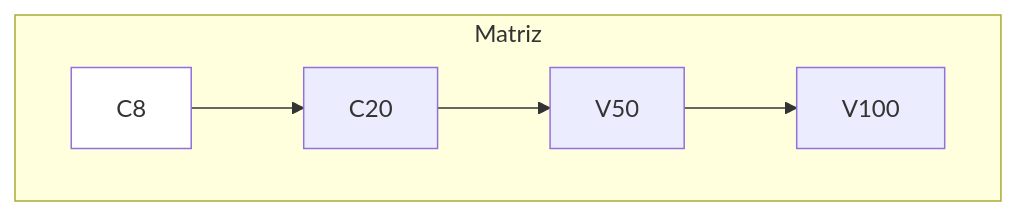
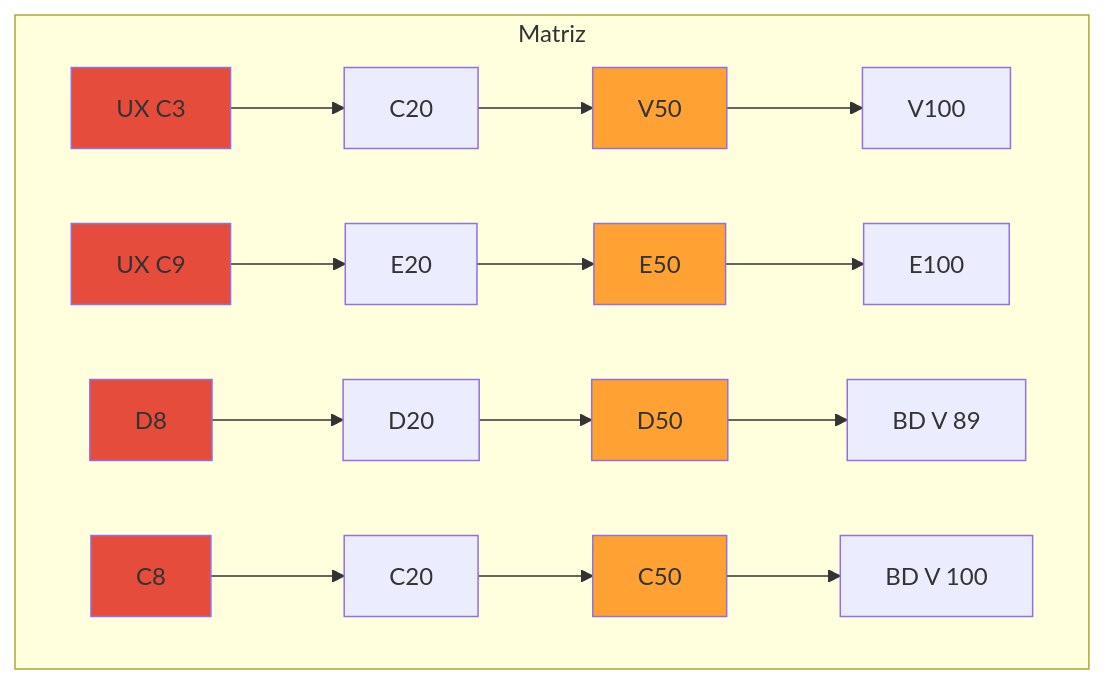
One commit to 1filipeolv/grafico_g changed the diagram in README.md. Above: the diagram before and after it, drawn with Mermaid.

````diff
--- a/README.md
+++ b/README.md
@@ -3,8 +3,14 @@
 ```mermaid
 graph TD
      subgraph Matriz
-A1["C8"]:::branco --> A2["C20"]:::amarelo --> A3["V50"]:::laranja --> A4["V100"]:::vermelho
+A1["UX C3"]:::branco --> A2["C20"]:::amarelo --> A3["V50"]:::laranja --> A4["V100"]:::vermelho
+B1["UX C9"]:::branco --> B2["E20"]:::amarelo --> B3["E50"]:::laranja --> B4["E100"]:::vermelho
+C1["D8"]:::branco --> C2["D20"]:::amarelo --> C3["D50"]:::laranja --> C4["BD V 89"]:::vermelho
+D1["C8"]:::branco --> D2["C20"]:::amarelo --> D3["C50"]:::laranja --> D4["BD V 100"]:::vermelho
      end
 
 classDef branco fill:#fff, stroke#000, stroke-width:1px;
+classDef amarelo fill:#FFD8D, stroke#000, stroke-width:1px;
+classDef laranja fill:#FFA233, stroke#000, stroke-width:1px;
+classDef branco fill:#E64C3C, stroke#000, stroke-width:1px;
 ```
````
